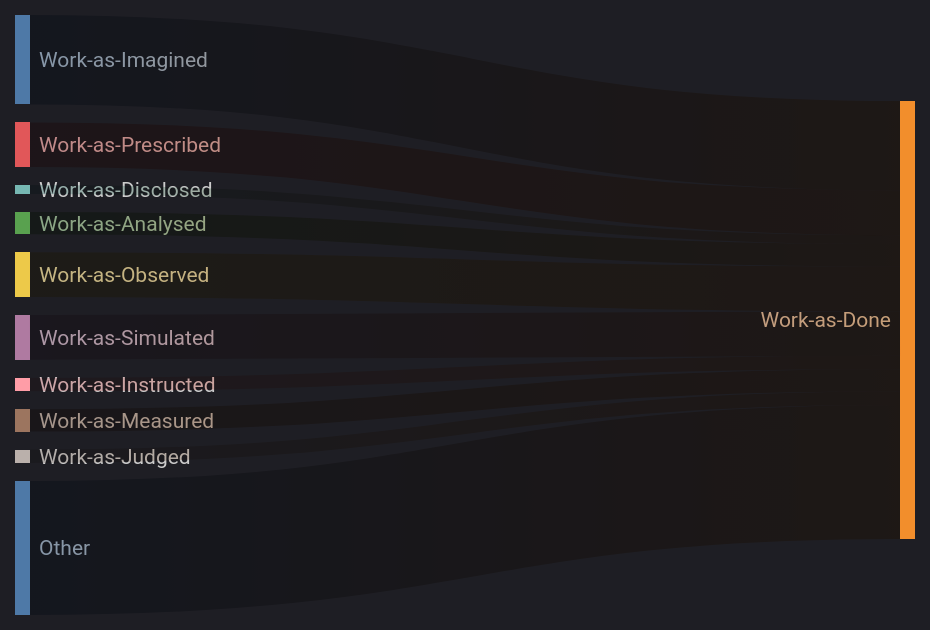
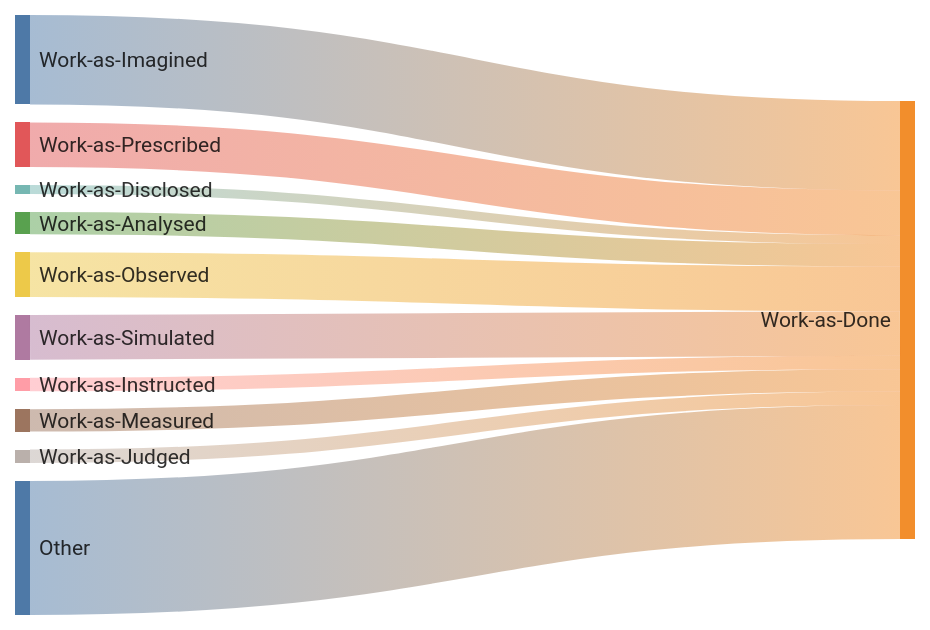
One commit to k-cross/blog changed the second of 2 diagrams in src/lib/content/posts/toxic.md. Above: the diagram before and after it, drawn with Mermaid. The commit also changed other lines of this file and 7 other files, not shown here.

Commit message:
fix mermaid graphs

````diff
--- a/src/lib/content/posts/toxic.md
+++ b/src/lib/content/posts/toxic.md
@@ -69,21 +68,20 @@
 ```mermaid
 ---
 config:
   sankey:
     showValues: false
 ---
-%%{init: {'theme':'dark'}}%%
-sankey-beta
+sankey
 
 %% source,target,value
 Work-as-Imagined,Work-as-Done,20.0
 Work-as-Prescribed,Work-as-Done,10.0
 Work-as-Disclosed,Work-as-Done,2.0
 Work-as-Analysed,Work-as-Done,5.0
 Work-as-Observed,Work-as-Done,10.0
 Work-as-Simulated,Work-as-Done,10.0
 Work-as-Instructed,Work-as-Done,3.0
 Work-as-Measured,Work-as-Done,5.0
 Work-as-Judged,Work-as-Done,3.0
 Other,Work-as-Done,30.0
 ```
````
